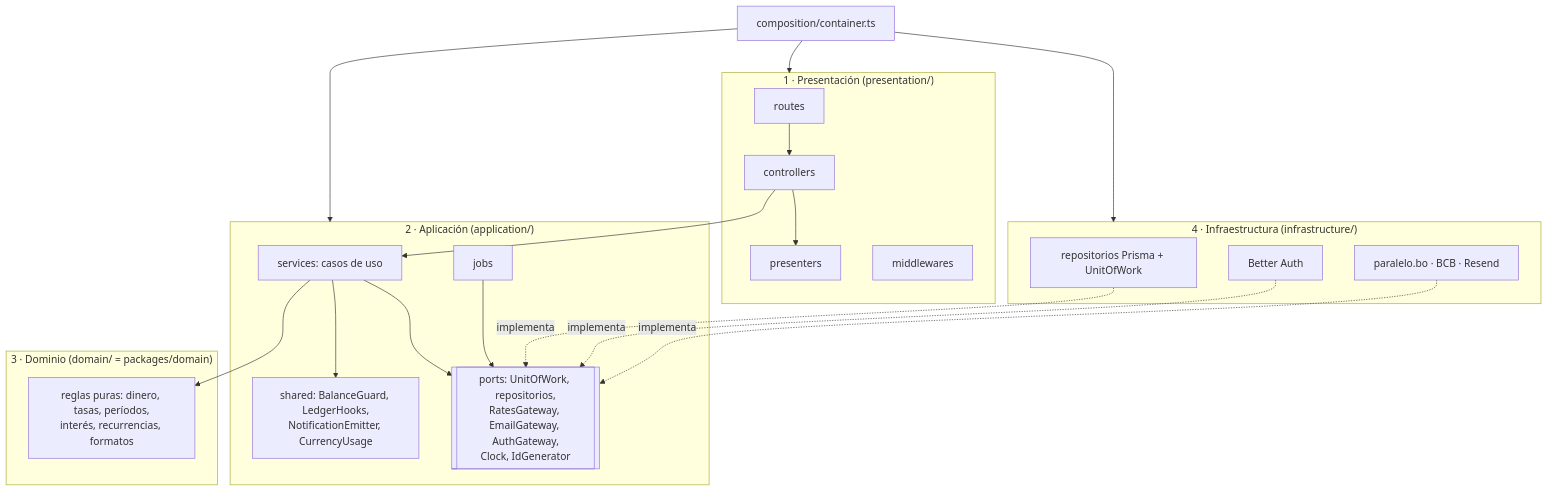
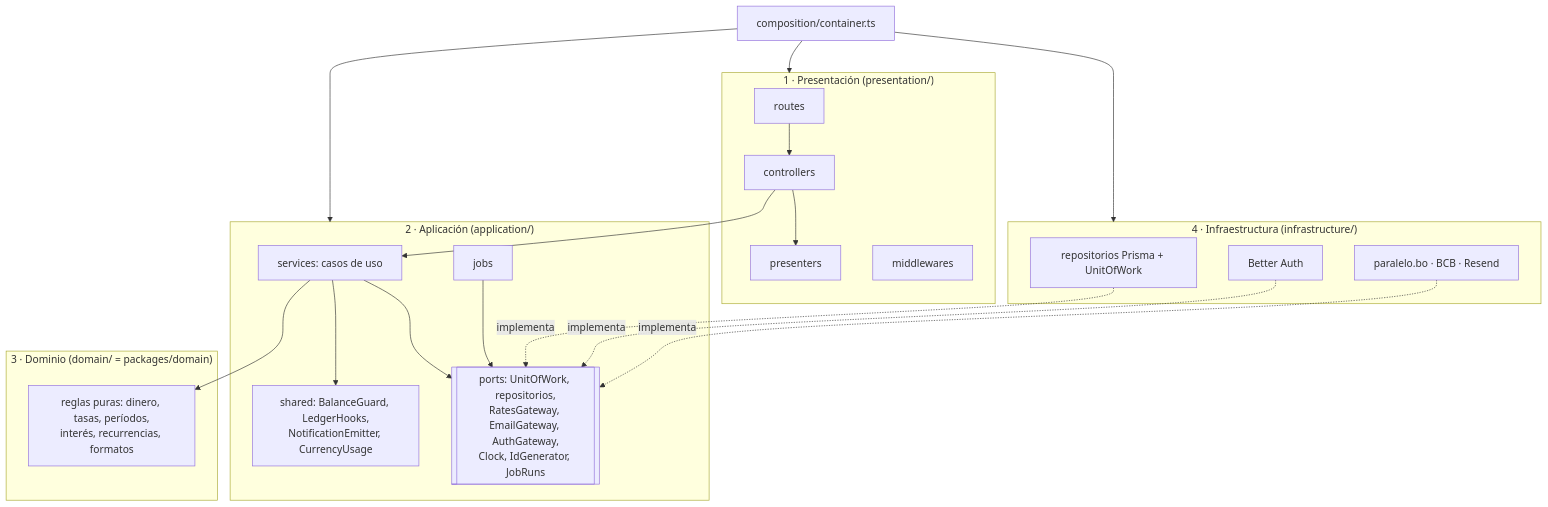
Before and after one commit to AppDeFinanzas-FullStack/AppDeFinanzasPersonales: the third of 4 diagrams in 001-appFinanzas-mvp/plan.md, drawn with Mermaid. The commit also changed other lines of this file and 1 other file, not shown here.

First line of the commit message:
docs(plan): use a job_run lease instead of session advisory locks for jobs

````diff
--- a/001-appFinanzas-mvp/plan.md
+++ b/001-appFinanzas-mvp/plan.md
@@ -125,31 +125,31 @@
 ```mermaid
 flowchart TB
   subgraph P["1 · Presentación (presentation/)"]
     R[routes] --> C[controllers] --> PR[presenters]
     MW[middlewares]
   end
   subgraph A["2 · Aplicación (application/)"]
     S[services: casos de uso] --> SH[shared: BalanceGuard, LedgerHooks,<br/>NotificationEmitter, CurrencyUsage]
     J[jobs]
-    PO[[ports: UnitOfWork, repositorios,<br/>RatesGateway, EmailGateway, AuthGateway,<br/>Clock, IdGenerator]]
+    PO[[ports: UnitOfWork, repositorios,<br/>RatesGateway, EmailGateway, AuthGateway,<br/>Clock, IdGenerator, JobRuns]]
   end
   subgraph D["3 · Dominio (domain/ = packages/domain)"]
     DM[reglas puras: dinero, tasas, períodos,<br/>interés, recurrencias, formatos]
   end
   subgraph I["4 · Infraestructura (infrastructure/)"]
     RP[repositorios Prisma + UnitOfWork]
     AU[Better Auth]
     IN[paralelo.bo · BCB · Resend]
   end
   CO[composition/container.ts]
   C --> S
   S --> DM
   S --> PO
   J --> PO
   RP -. implementa .-> PO
   AU -. implementa .-> PO
   IN -. implementa .-> PO
   CO --> P
   CO --> A
   CO --> I
 ```
````
